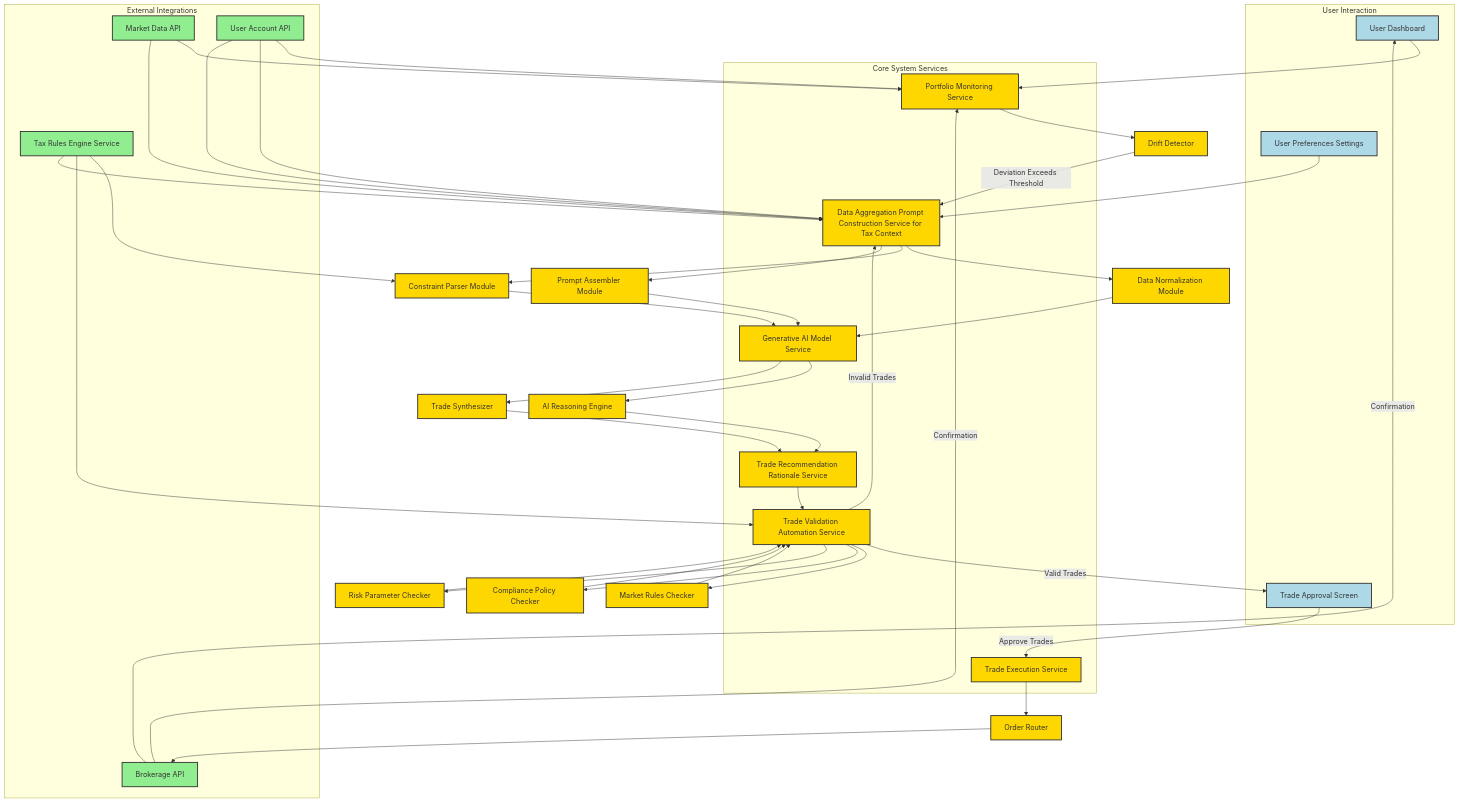
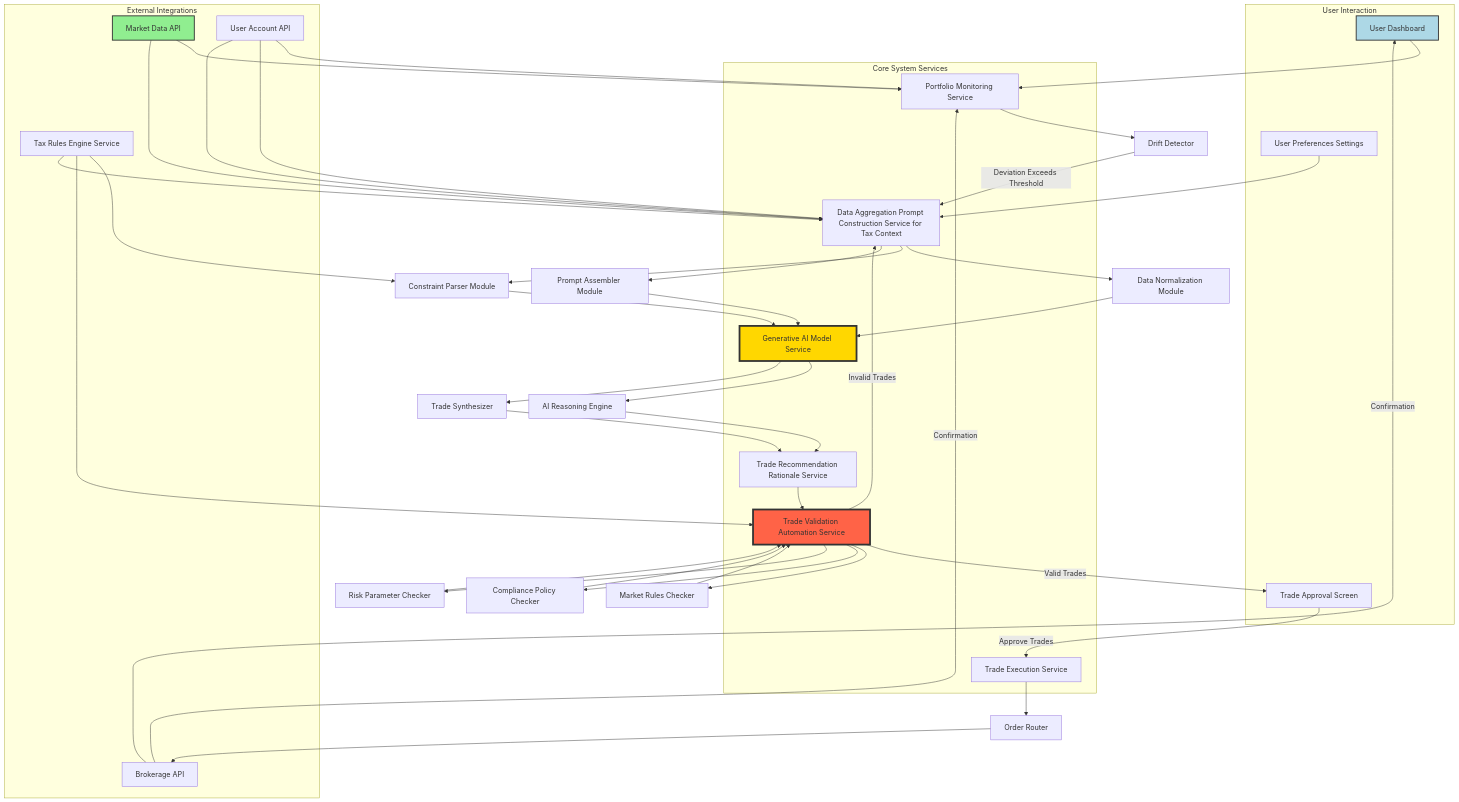
Before and after one commit to diplomat-bit/Citibank_Demo_Business_Inc_Demonstration-: the first of 10 diagrams in inventions/083_ai_portfolio_rebalancing.md, drawn with Mermaid. The commit also changed other lines of this file, not shown here.

````diff
--- a/inventions/083_ai_portfolio_rebalancing.md
+++ b/inventions/083_ai_portfolio_rebalancing.md
@@ -171,28 +190,7 @@
     TRES --> DAPCS[Data Aggregation Prompt Construction Service for Tax Context]
 
     style UI_Dashboard fill:#ADD8E6,stroke:#333,stroke-width:2px
-    style UI_Settings fill:#ADD8E6,stroke:#333,stroke-width:2px
-    style UI_Approval fill:#ADD8E6,stroke:#333,stroke-width:2px
-
-    style PMS fill:#FFD700,stroke:#333,stroke-width:2px
-    style DriftDetector fill:#FFD700,stroke:#333,stroke-width:2px
-    style DAPCS fill:#FFD700,stroke:#333,stroke-width:2px
-    style DataNormalizer fill:#FFD700,stroke:#333,stroke-width:2px
-    style ConstraintParser fill:#FFD700,stroke:#333,stroke-width:2px
-    style PromptAssembler fill:#FFD700,stroke:#333,stroke-width:2px
-    style GAMS fill:#FFD700,stroke:#333,stroke-width:2px
-    style ReasoningEngine fill:#FFD700,stroke:#333,stroke-width:2px
-    style TradeSynthesizer fill:#FFD700,stroke:#333,stroke-width:2px
-    style TRRS fill:#FFD700,stroke:#333,stroke-width:2px
-    style TVAS fill:#FFD700,stroke:#333,stroke-width:2px
-    style MarketRuleChecker fill:#FFD700,stroke:#333,stroke-width:2px
-    style ComplianceChecker fill:#FFD700,stroke:#333,stroke-width:2px
-    style RiskParameterChecker fill:#FFD700,stroke:#333,stroke-width:2px
-    style TES fill:#FFD700,stroke:#333,stroke-width:2px
-    style OrderRouter fill:#FFD700,stroke:#333,stroke-width:2px
-
+    style GAMS fill:#FFD700,stroke:#333,stroke-width:4px
+    style TVAS fill:#FF6347,stroke:#333,stroke-width:4px
     style MDS fill:#90EE90,stroke:#333,stroke-width:2px
-    style UAS fill:#90EE90,stroke:#333,stroke-width:2px
-    style TRES fill:#90EE90,stroke:#333,stroke-width:2px
-    style BAS fill:#90EE90,stroke:#333,stroke-width:2px
 ```
````
